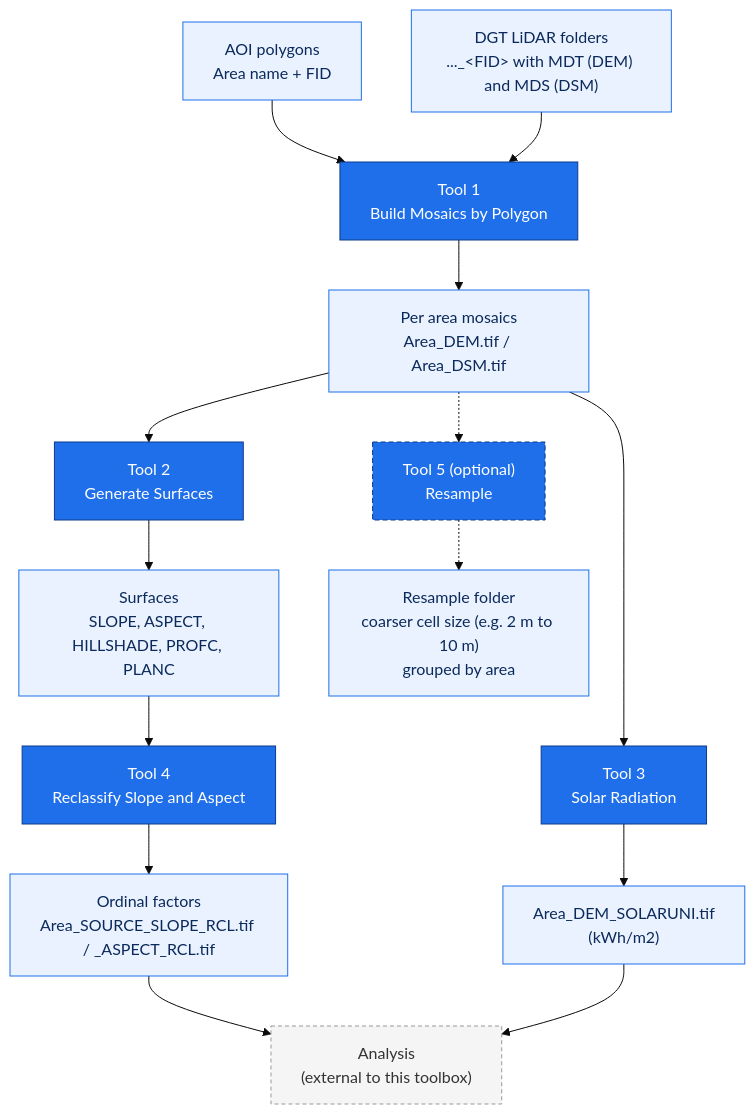
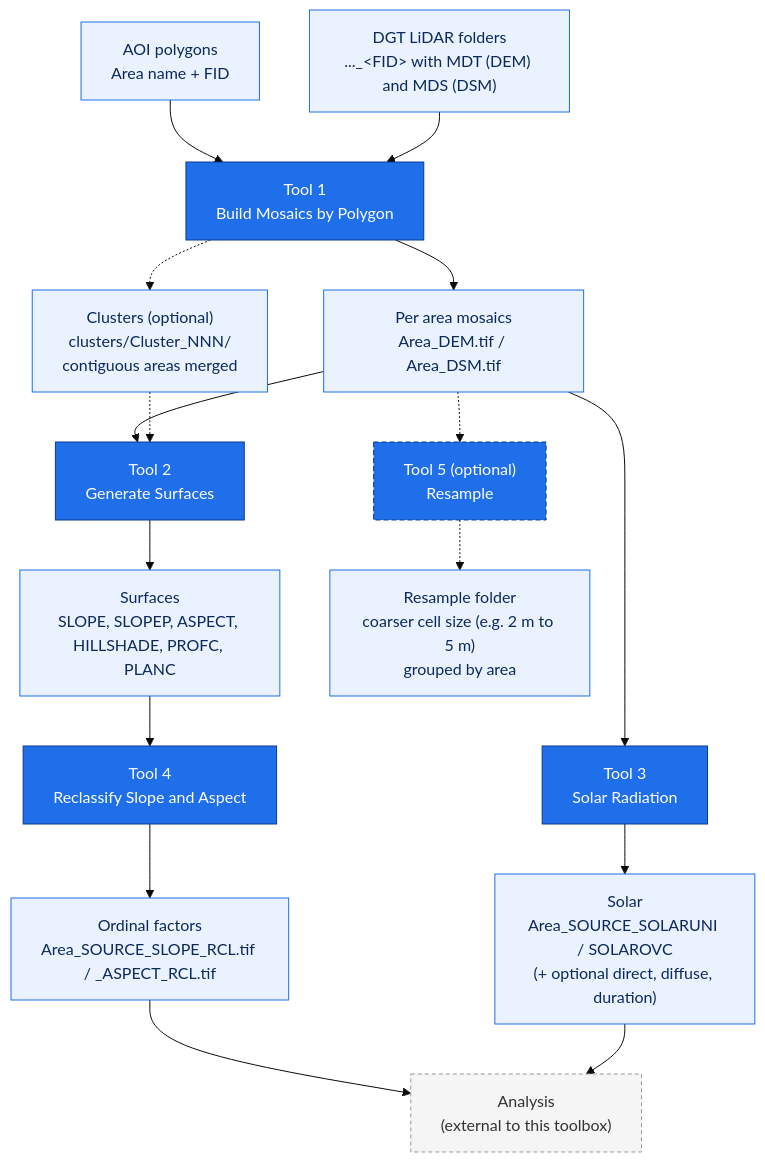
Before and after one commit to PedroMMGoncalves/lidar-terrain-arcgis-tools: the diagram in README.md, drawn with Mermaid (base theme).

Commit message:
Update the Method diagram for clustering and new defaults
Add the optional cluster output of Tool 1 to the diagram and feed it into Tool 2 (cluster
mosaics flow through the same surface pipeline as the per area mosaics), list slope percent
on the surfaces node, show the solar diffuse model variants and optional outputs, and
correct the Resample node to the 5 m default.

````diff
--- a/README.md
+++ b/README.md
@@ -38,28 +38,30 @@
 ```mermaid
 flowchart TD
     AOI["AOI polygons<br/>Area name + FID"]
     LID["DGT LiDAR folders<br/>..._&lt;FID&gt; with MDT (DEM) and MDS (DSM)"]
     AOI --> T1
     LID --> T1
     T1["Tool 1<br/>Build Mosaics by Polygon"]
     T1 --> M["Per area mosaics<br/>Area_DEM.tif / Area_DSM.tif"]
+    T1 -.-> CL["Clusters (optional)<br/>clusters/Cluster_NNN/<br/>contiguous areas merged"]
     M --> T2["Tool 2<br/>Generate Surfaces"]
     M --> T3["Tool 3<br/>Solar Radiation"]
     M -.-> T5["Tool 5 (optional)<br/>Resample"]
-    T2 --> S["Surfaces<br/>SLOPE, ASPECT, HILLSHADE, PROFC, PLANC"]
-    T3 --> SOL["Area_DEM_SOLARUNI.tif<br/>(kWh/m2)"]
-    T5 -.-> RS["Resample folder<br/>coarser cell size (e.g. 2 m to 10 m)<br/>grouped by area"]
+    CL -.-> T2
+    T2 --> S["Surfaces<br/>SLOPE, SLOPEP, ASPECT, HILLSHADE, PROFC, PLANC"]
+    T3 --> SOL["Solar<br/>Area_SOURCE_SOLARUNI / SOLAROVC<br/>(+ optional direct, diffuse, duration)"]
+    T5 -.-> RS["Resample folder<br/>coarser cell size (e.g. 2 m to 5 m)<br/>grouped by area"]
     S --> T4["Tool 4<br/>Reclassify Slope and Aspect"]
     T4 --> RCL["Ordinal factors<br/>Area_SOURCE_SLOPE_RCL.tif / _ASPECT_RCL.tif"]
     RCL --> EXT["Analysis<br/>(external to this toolbox)"]
     SOL --> EXT
 
     classDef tool fill:#1f6feb,stroke:#0d3b8a,color:#ffffff;
     classDef opttool fill:#1f6feb,stroke:#0d3b8a,color:#ffffff,stroke-dasharray:5 3;
     classDef data fill:#eaf2ff,stroke:#1f6feb,color:#0b2a5b;
     classDef ext fill:#f5f5f5,stroke:#999999,color:#333333,stroke-dasharray:4 3;
     class T1,T2,T3,T4 tool;
     class T5 opttool;
-    class AOI,LID,M,S,SOL,RCL,RS data;
+    class AOI,LID,M,S,SOL,RCL,RS,CL data;
     class EXT ext;
 ```
````
